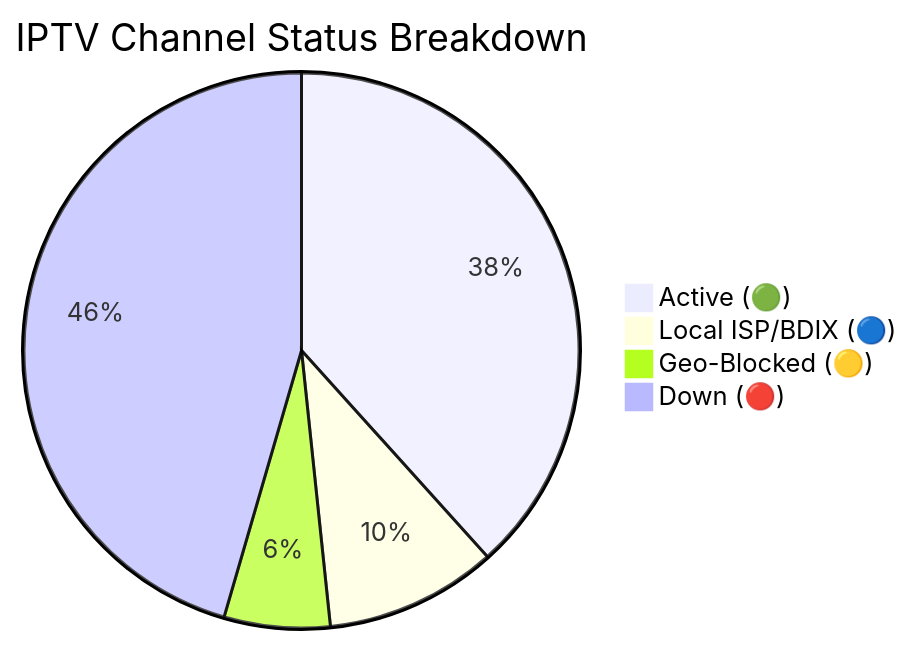
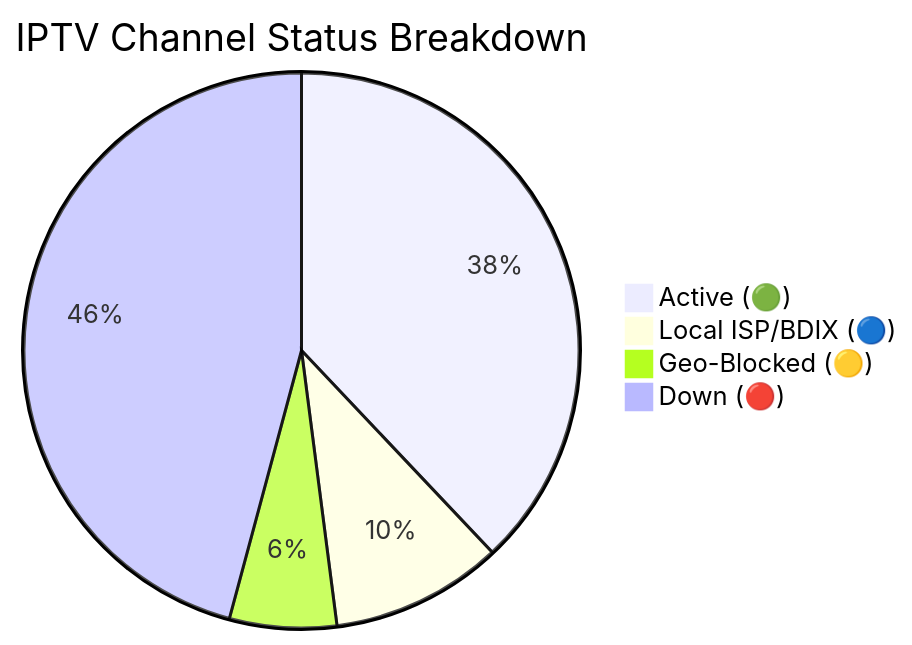
The diagram in README.md (andreataylord/Ip-tv-Collection), drawn with Mermaid before and after one commit. The commit also changed other lines of this file and 1 other file, not shown here.

Commit message:
docs(readme): auto-update daily channel status chart

````diff
--- a/README.md
+++ b/README.md
@@ -59,7 +59,7 @@
 ```mermaid
 pie title IPTV Channel Status Breakdown
-    "Active (🟢)" : 3028
+    "Active (🟢)" : 2998
     "Local ISP/BDIX (🔵)" : 791
-    "Geo-Blocked (🟡)" : 487
-    "Down (🔴)" : 3595
+    "Geo-Blocked (🟡)" : 492
+    "Down (🔴)" : 3620
 ```
````
